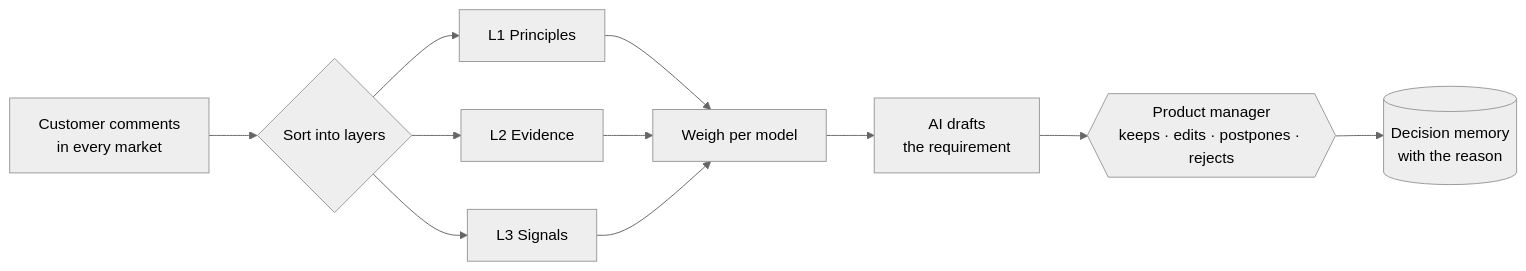
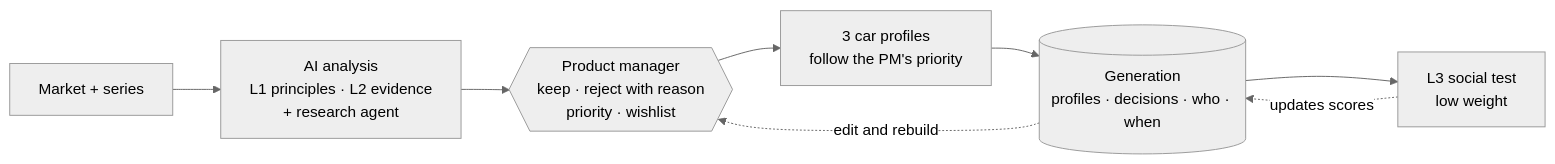
One commit to european-hackathon-league/submission-1ed05f96-9921-4f14-8fc3-e6402bea84fd-1413423705 changed the diagram in README.md. Above: the diagram before and after it, drawn with Mermaid (neutral theme). The commit also changed other lines of this file and 103 other files, not shown here.

First line of the commit message:
Build the requirement pipeline, generations dashboard and decision memory

````diff
--- a/README.md
+++ b/README.md
@@ -42,11 +46,10 @@
 ```mermaid
 flowchart LR
-  A[Customer comments<br/>in every market] --> B{Sort into layers}
-  B --> L1[L1 Principles]
-  B --> L2[L2 Evidence]
-  B --> L3[L3 Signals]
-  L1 & L2 & L3 --> W[Weigh per model]
-  W --> D[AI drafts<br/>the requirement]
-  D --> H{{Product manager<br/>keeps · edits · postpones · rejects}}
-  H --> M[(Decision memory<br/>with the reason)]
+  M[Market + series] --> A[AI analysis<br/>L1 principles · L2 evidence<br/>+ research agent]
+  A --> H{{Product manager<br/>keep · reject with reason<br/>priority · wishlist}}
+  H --> P[3 car profiles<br/>follow the PM's priority]
+  P --> G[(Generation<br/>profiles · decisions · who · when)]
+  G --> S[L3 social test<br/>low weight]
+  S -. "updates scores" .-> G
+  G -. "edit and rebuild" .-> H
 ```
````
